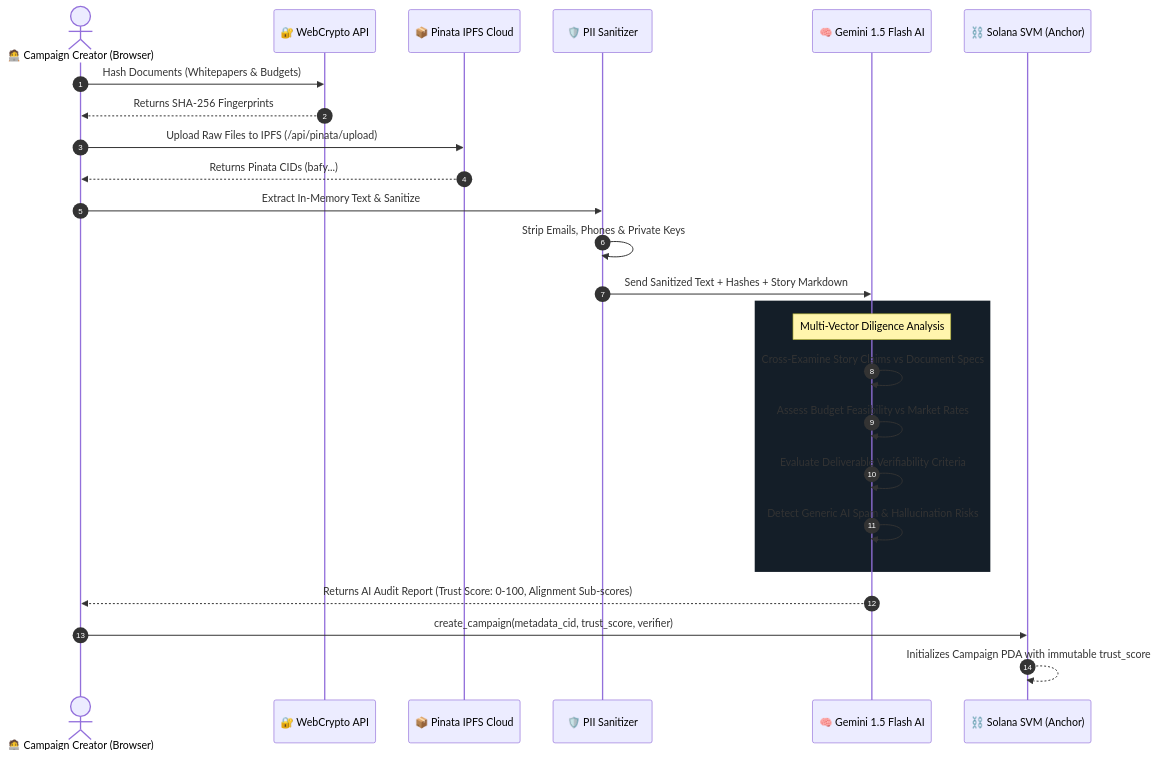
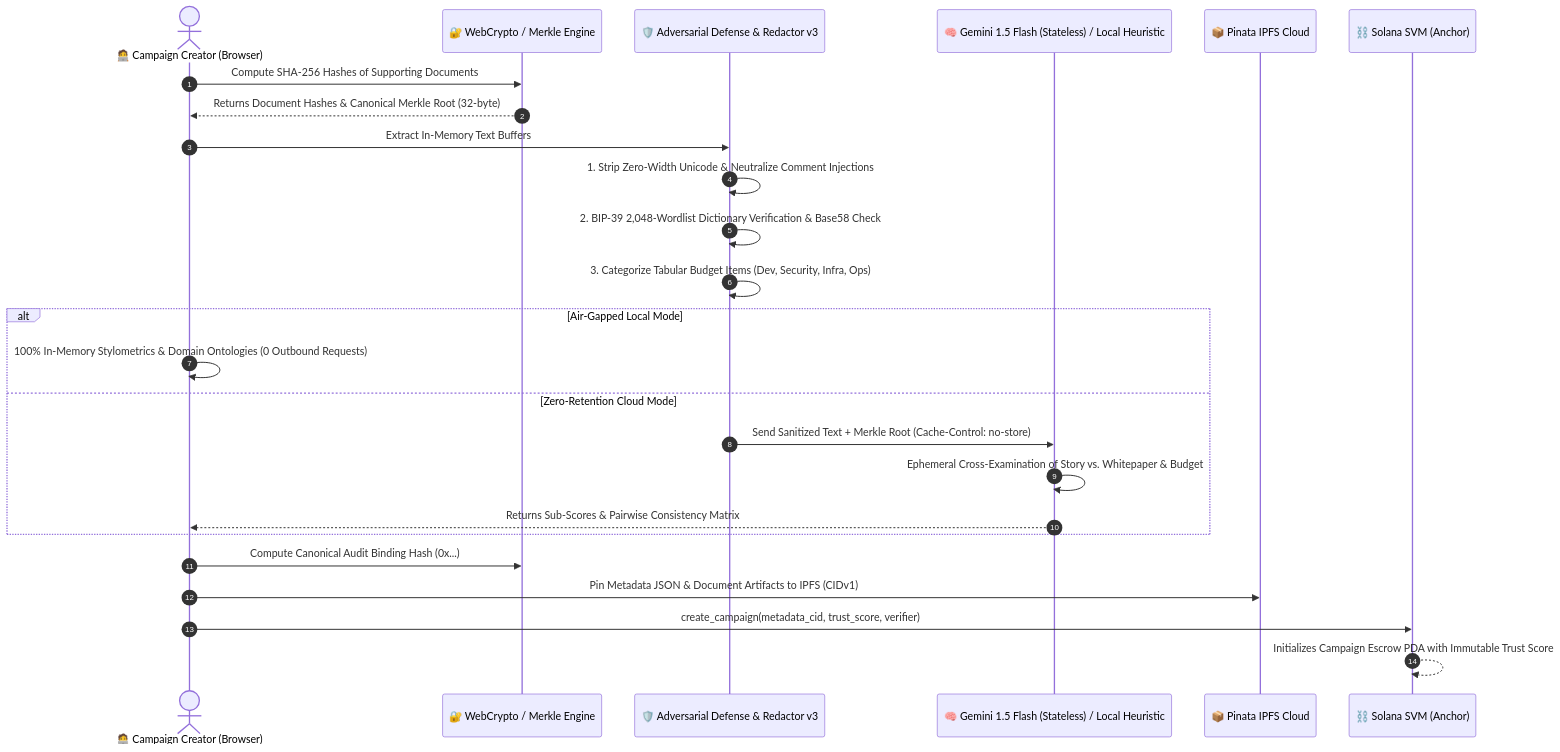
One commit to anuragborkar2005/Arthsetu changed the diagram in docs/AI_AND_IPFS.md. Above: the diagram before and after it, drawn with Mermaid. The commit also changed other lines of this file and 6 other files, not shown here.

Commit message:
perf(ui): optimize image LCP with next/image and update architecture docs

````diff
--- a/docs/AI_AND_IPFS.md
+++ b/docs/AI_AND_IPFS.md
@@ -19,31 +22,31 @@
 ```mermaid
 sequenceDiagram
     autonumber
     actor Creator as 🧑‍💻 Campaign Creator (Browser)
-    participant WebCrypto as 🔐 WebCrypto API
+    participant WebCrypto as 🔐 WebCrypto / Merkle Engine
+    participant Redactor as 🛡️ Adversarial Defense & Redactor v3
+    participant AI as 🧠 Gemini 1.5 Flash (Stateless) / Local Heuristic
     participant Pinata as 📦 Pinata IPFS Cloud
-    participant Redactor as 🛡️ PII Sanitizer
-    participant AI as 🧠 Gemini 1.5 Flash AI
     participant Solana as ⛓️ Solana SVM (Anchor)
 
-    Creator->>WebCrypto: Hash Documents (Whitepapers & Budgets)
-    WebCrypto-->>Creator: Returns SHA-256 Fingerprints
-    Creator->>Pinata: Upload Raw Files to IPFS (/api/pinata/upload)
-    Pinata-->>Creator: Returns Pinata CIDs (bafy...)
+    Creator->>WebCrypto: Compute SHA-256 Hashes of Supporting Documents
+    WebCrypto-->>Creator: Returns Document Hashes & Canonical Merkle Root (32-byte)
 
-    Creator->>Redactor: Extract In-Memory Text & Sanitize
-    Redactor->>Redactor: Strip Emails, Phones & Private Keys
-    Redactor->>AI: Send Sanitized Text + Hashes + Story Markdown
+    Creator->>Redactor: Extract In-Memory Text Buffers
+    Redactor->>Redactor: 1. Strip Zero-Width Unicode & Neutralize Comment Injections
+    Redactor->>Redactor: 2. BIP-39 2,048-Wordlist Dictionary Verification & Base58 Check
+    Redactor->>Redactor: 3. Categorize Tabular Budget Items (Dev, Security, Infra, Ops)
 
-    rect rgb(20, 30, 40)
-        Note over AI: Multi-Vector Diligence Analysis
-        AI->>AI: Cross-Examine Story Claims vs Document Specs
-        AI->>AI: Assess Budget Feasibility vs Market Rates
-        AI->>AI: Evaluate Deliverable Verifiability Criteria
-        AI->>AI: Detect Generic AI Spam & Hallucination Risks
+    alt Air-Gapped Local Mode
+        Creator->>Creator: 100% In-Memory Stylometrics & Domain Ontologies (0 Outbound Requests)
+    else Zero-Retention Cloud Mode
+        Redactor->>AI: Send Sanitized Text + Merkle Root (Cache-Control: no-store)
+        AI->>AI: Ephemeral Cross-Examination of Story vs. Whitepaper & Budget
+        AI-->>Creator: Returns Sub-Scores & Pairwise Consistency Matrix
     end
 
-    AI-->>Creator: Returns AI Audit Report (Trust Score: 0-100, Alignment Sub-scores)
+    Creator->>WebCrypto: Compute Canonical Audit Binding Hash (0x...)
+    Creator->>Pinata: Pin Metadata JSON & Document Artifacts to IPFS (CIDv1)
     Creator->>Solana: create_campaign(metadata_cid, trust_score, verifier)
-    Solana-->>Solana: Initializes Campaign PDA with immutable trust_score
+    Solana-->>Solana: Initializes Campaign Escrow PDA with Immutable Trust Score
 ```
````
